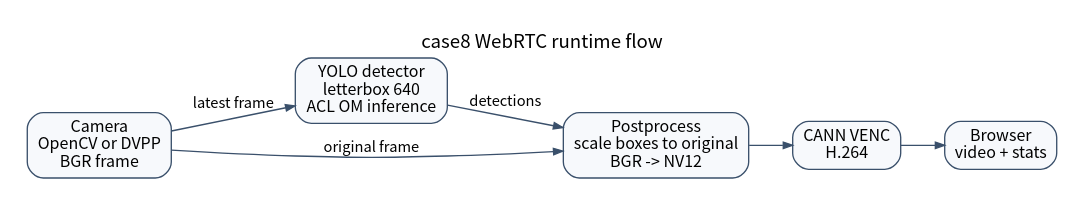
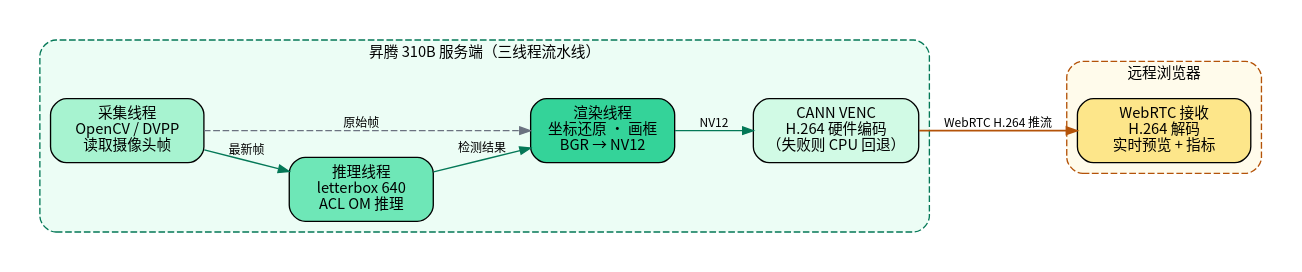
One commit to zhouxzh/Ascend310 changed the diagram in src/experiment/img8/case8_webrtc_pipeline.dot. Above: the diagram before and after it, drawn with Graphviz. The commit also changed 52 other files, not shown here.

```diff
--- a/src/experiment/img8/case8_webrtc_pipeline.dot
+++ b/src/experiment/img8/case8_webrtc_pipeline.dot
@@ -1,38 +1,45 @@
 digraph Case8WebrtcPipeline {
   graph [
     rankdir=LR,
     bgcolor="white",
-    pad="0.18",
+    pad="0.2",
     nodesep="0.35",
-    ranksep="0.45",
-    fontname="Noto Sans CJK SC",
-    labelloc="t",
-    label="case8 WebRTC runtime flow"
+    ranksep="0.5",
+    fontname="Noto Sans CJK SC"
   ];
   node [
     shape=box,
     style="rounded,filled",
-    color="#3a506b",
-    fillcolor="#f7f9fc",
     fontname="Noto Sans CJK SC",
-    fontsize=12,
-    margin="0.10,0.07"
+    fontsize=11,
+    margin="0.12,0.08"
   ];
   edge [
-    color="#3a506b",
     fontname="Noto Sans CJK SC",
-    fontsize=11,
-    arrowsize=0.7
+    fontsize=9,
+    arrowsize=0.8
   ];
 
-  capture [label="Camera\nOpenCV or DVPP\nBGR frame"];
-  infer [label="YOLO detector\nletterbox 640\nACL OM inference"];
-  draw [label="Postprocess\nscale boxes to original\nBGR -> NV12"];
-  encode [label="CANN VENC\nH.264"];
-  browser [label="Browser\nvideo + stats"];
+  subgraph cluster_310b {
+    label="昇腾 310B 服务端（三线程流水线）";
+    fontsize=11; style="rounded,dashed"; color="#047857"; bgcolor="#ecfdf5";
 
-  capture -> infer [label="latest frame"];
-  infer -> draw [label="detections"];
-  capture -> draw [label="original frame"];
-  draw -> encode -> browser;
+    capture [label="采集线程\nOpenCV / DVPP\n读取摄像头帧", fillcolor="#a7f3d0", width=1.6];
+    infer [label="推理线程\nletterbox 640\nACL OM 推理", fillcolor="#6ee7b7", width=1.5];
+    draw [label="渲染线程\n坐标还原 · 画框\nBGR → NV12", fillcolor="#34d399", width=1.5];
+    encode [label="CANN VENC\nH.264 硬件编码\n（失败则 CPU 回退）", fillcolor="#d1fae5", width=1.7];
+
+    capture -> infer [label="最新帧", color="#047857"];
+    infer -> draw [label="检测结果", color="#047857"];
+    capture -> draw [label="原始帧", style=dashed, color="#6b7280"];
+    draw -> encode [label="NV12", color="#047857"];
+  }
+
+  subgraph cluster_browser {
+    label="远程浏览器";
+    fontsize=11; style="rounded,dashed"; color="#b45309"; bgcolor="#fffbeb";
+    browser [label="WebRTC 接收\nH.264 解码\n实时预览 + 指标", fillcolor="#fde68a", width=1.8];
+  }
+
+  encode -> browser [label="WebRTC H.264 推流", color="#b45309", penwidth=1.2];
 }
```
